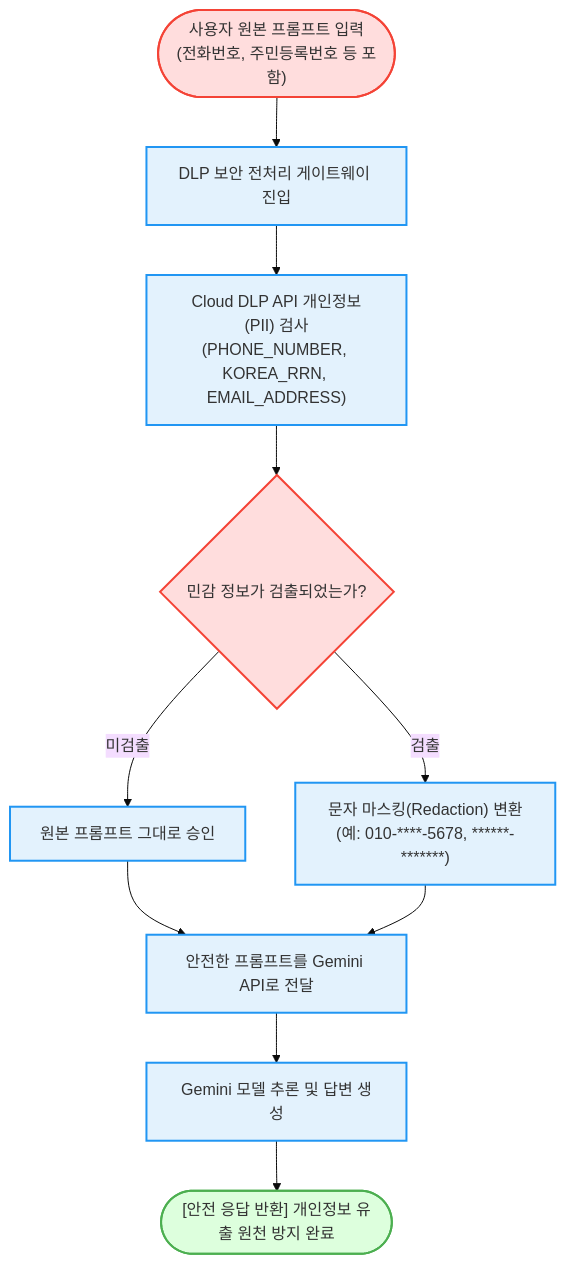
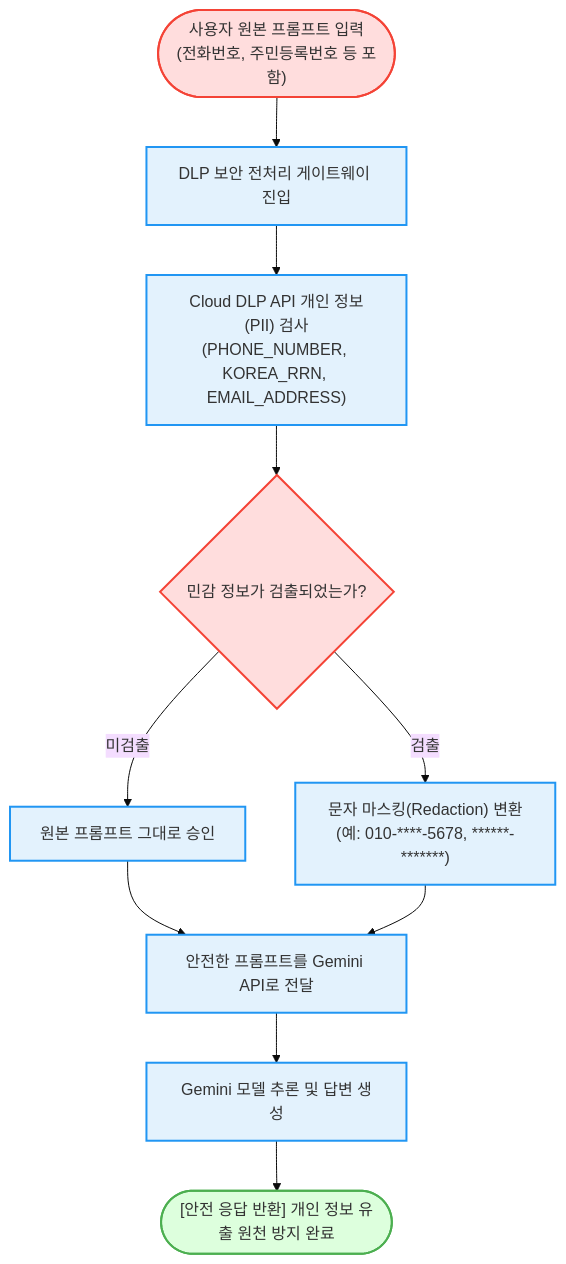
One commit to jiangjun-forge/google-cloud-0-to-1 changed the diagram in samples/gemini-sensitive-data-masking/README.md. Above: the diagram before and after it, drawn with Mermaid (base theme). The commit also changed other lines of this file and 5 other files, not shown here.

````diff
--- a/samples/gemini-sensitive-data-masking/README.md
+++ b/samples/gemini-sensitive-data-masking/README.md
@@ -21,23 +21,23 @@
 ```mermaid
 flowchart TD
     Start(["사용자 원본 프롬프트 입력<br/>(전화번호, 주민등록번호 등 포함)"]) --> Gate["DLP 보안 전처리 게이트웨이 진입"]
     
-    Gate --> Inspect["Cloud DLP API 개인정보(PII) 검사<br/>(PHONE_NUMBER, KOREA_RRN, EMAIL_ADDRESS)"]
+    Gate --> Inspect["Cloud DLP API 개인 정보(PII) 검사<br/>(PHONE_NUMBER, KOREA_RRN, EMAIL_ADDRESS)"]
     Inspect --> Detect{"민감 정보가 검출되었는가?"}
     
     Detect -- "미검출" --> Clean["원본 프롬프트 그대로 승인"]
     Detect -- "검출" --> Mask["문자 마스킹(Redaction) 변환<br/>(예: 010-****-5678, ******-*******)"]
     
     Clean --> Forward["안전한 프롬프트를 Gemini API로 전달"]
     Mask --> Forward
     
     Forward --> GenAI["Gemini 모델 추론 및 답변 생성"]
-    GenAI --> Done(["[안전 응답 반환] 개인정보 유출 원천 방지 완료"])
+    GenAI --> Done(["[안전 응답 반환] 개인 정보 유출 원천 방지 완료"])
 
     classDef alert fill:#ffdddd,stroke:#f44336,stroke-width:2px;
     classDef success fill:#ddffdd,stroke:#4caf50,stroke-width:2px;
     classDef action fill:#e3f2fd,stroke:#2196f3,stroke-width:2px;
     class Start,Detect alert;
     class Done success;
     class Gate,Inspect,Clean,Mask,Forward,GenAI action;
 ```
````
